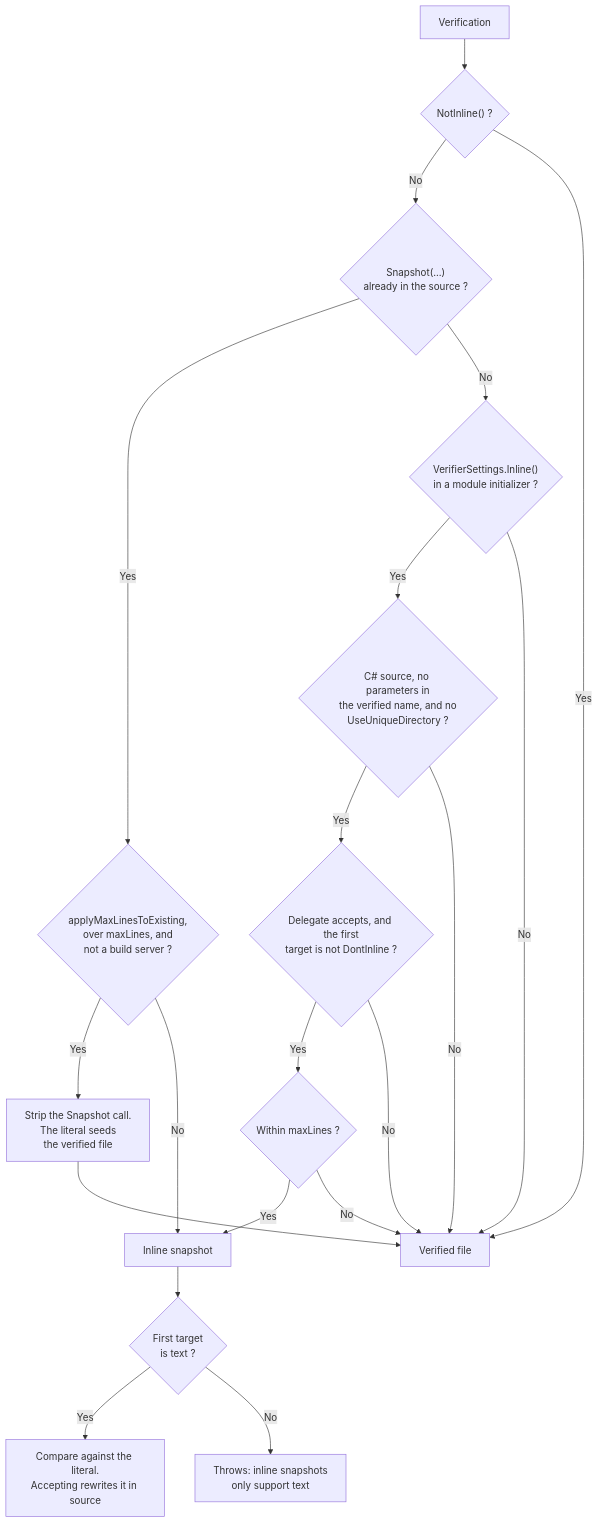
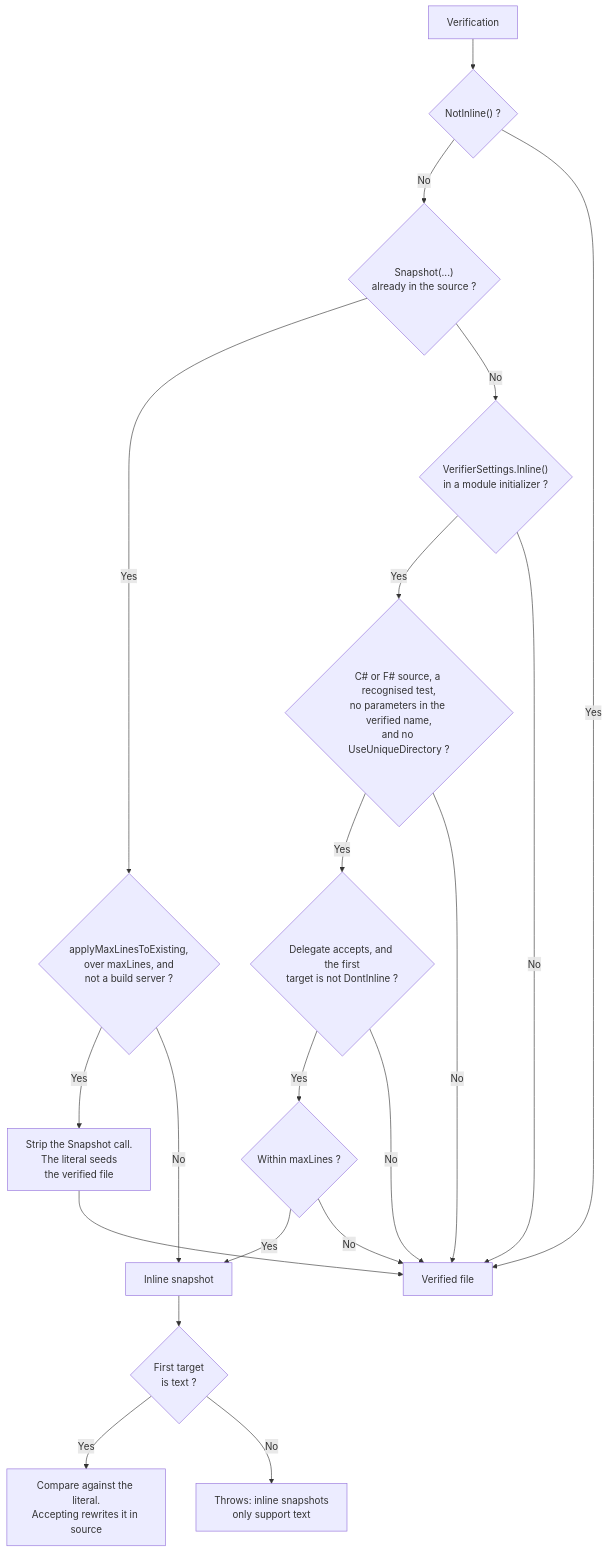
The diagram in docs/inline-snapshots.md (VerifyTests/Verify), drawn with Mermaid before and after one commit. The commit also changed other lines of this file and 4 other files, not shown here.

````diff
--- a/docs/inline-snapshots.md
+++ b/docs/inline-snapshots.md
@@ -225,48 +225,48 @@
 ```mermaid
 graph TD
 start["Verification"]
 notInline{"NotInline() ?"}
 start-->notInline
 
 literal{"Snapshot(...)<br/>already in the source ?"}
 notInline-- No -->literal
 
 existing{"applyMaxLinesToExisting,<br/>over maxLines, and<br/>not a build server ?"}
 literal-- Yes -->existing
 
 migrate["Strip the Snapshot call.<br/>The literal seeds<br/>the verified file"]
 existing-- Yes -->migrate
 
 globalSwitch{"VerifierSettings.Inline()<br/>in a module initializer ?"}
 literal-- No -->globalSwitch
 
-compatible{"C# source, no parameters in<br/>the verified name, and no<br/>UseUniqueDirectory ?"}
+compatible{"C# or F# source, a recognised test,<br/>no parameters in the verified name,<br/>and no UseUniqueDirectory ?"}
 globalSwitch-- Yes -->compatible
 
 accepted{"Delegate accepts, and the first<br/>target is not DontInline ?"}
 compatible-- Yes -->accepted
 
 within{"Within maxLines ?"}
 accepted-- Yes -->within
 
 inline["Inline snapshot"]
 within-- Yes -->inline
 existing-- No -->inline
 
 isText{"First target<br/>is text ?"}
 inline-->isText
 
 compare["Compare against the literal.<br/>Accepting rewrites it in source"]
 isText-- Yes -->compare
 
 throws["Throws: inline snapshots<br/>only support text"]
 isText-- No -->throws
 
 file["Verified file"]
 notInline-- Yes -->file
 migrate-->file
 globalSwitch-- No -->file
 compatible-- No -->file
 accepted-- No -->file
 within-- No -->file
 ```
````
